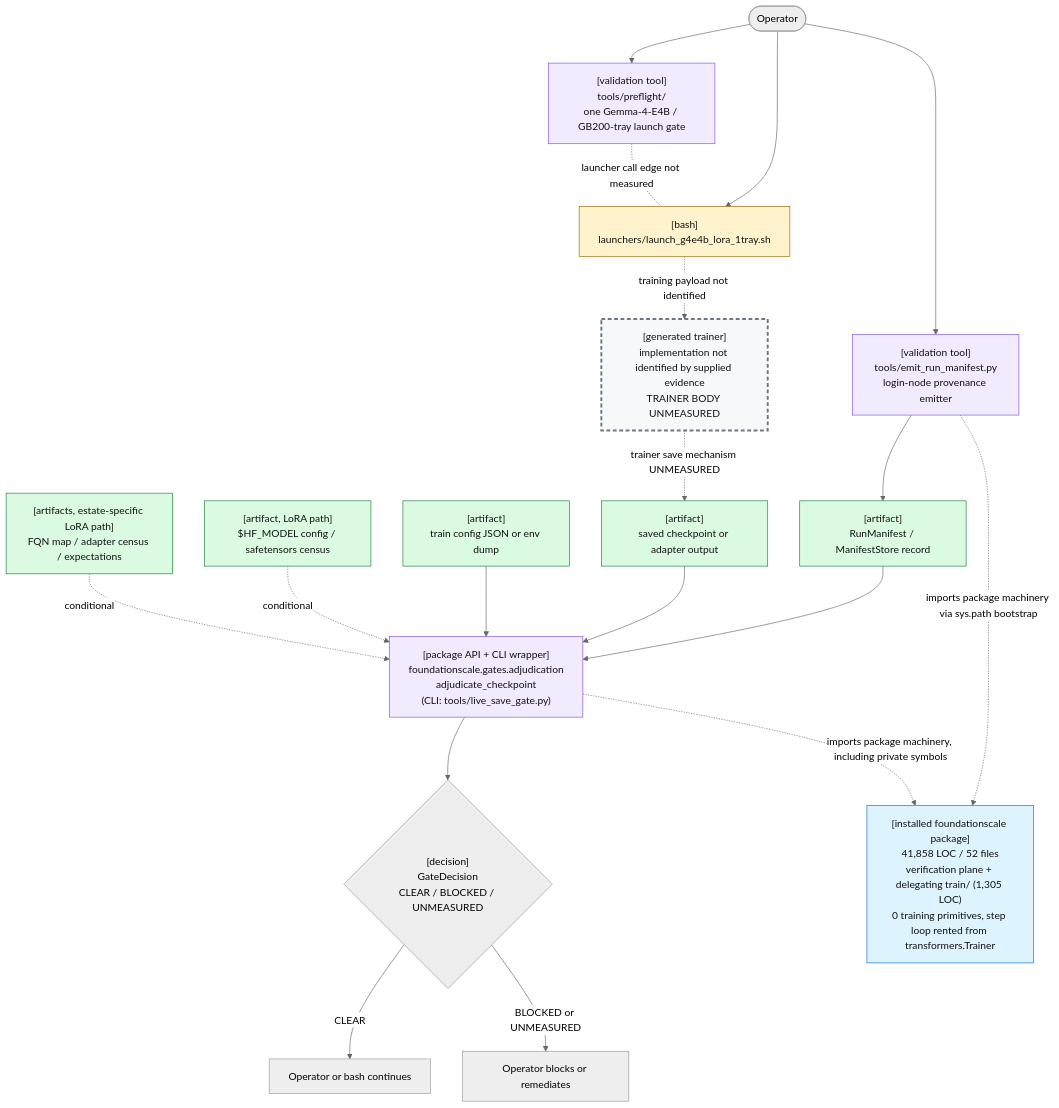
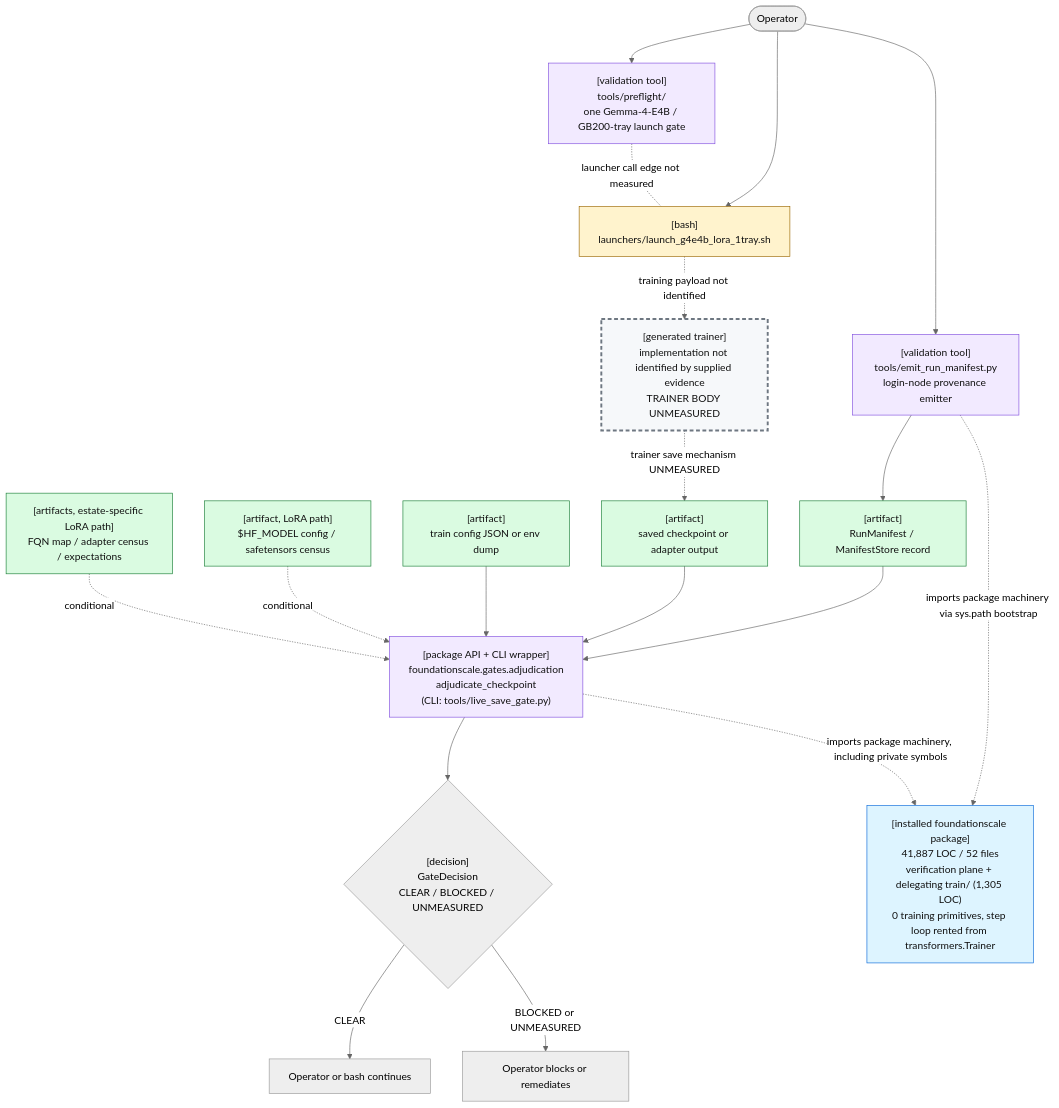
The first of 2 diagrams in docs/review/D2_current_architecture.md (TranNhiem/FoundationScale), drawn with Mermaid (neutral theme) before and after one commit. The commit also changed other lines of this file and 12 other files, not shown here.

````diff
--- a/docs/review/D2_current_architecture.md
+++ b/docs/review/D2_current_architecture.md
@@ -25,59 +25,59 @@
 ```mermaid
 flowchart TB
   O(["Operator"])
 
   PF["[validation tool]<br/>tools/preflight/<br/>one Gemma-4-E4B / GB200-tray launch gate"]
   L["[bash]<br/>launchers/launch_g4e4b_lora_1tray.sh"]
 
   E["[validation tool]<br/>tools/emit_run_manifest.py<br/>login-node provenance emitter"]
   M["[artifact]<br/>RunManifest / ManifestStore record"]
 
   T["[generated trainer]<br/>implementation not identified by supplied evidence<br/>TRAINER BODY UNMEASURED"]
   C["[artifact]<br/>saved checkpoint or adapter output"]
 
   G["[package API + CLI wrapper]<br/>foundationscale.gates.adjudication<br/>adjudicate_checkpoint<br/>(CLI: tools/live_save_gate.py)"]
   CFG["[artifact]<br/>train config JSON or env dump"]
   BASE["[artifact, LoRA path]<br/>$HF_MODEL config / safetensors census"]
   CEN["[artifacts, estate-specific LoRA path]<br/>FQN map / adapter census / expectations"]
 
   D{"[decision]<br/>GateDecision<br/>CLEAR / BLOCKED / UNMEASURED"}
   OK["Operator or bash continues"]
   NO["Operator blocks or remediates"]
 
-  PKG["[installed foundationscale package]<br/>41,858 LOC / 52 files<br/>verification plane + delegating train/ (1,305 LOC)<br/>0 training primitives, step loop rented from transformers.Trainer"]
+  PKG["[installed foundationscale package]<br/>41,887 LOC / 52 files<br/>verification plane + delegating train/ (1,305 LOC)<br/>0 training primitives, step loop rented from transformers.Trainer"]
 
   O --> PF
   O --> L
   PF -. "launcher call edge not measured" .- L
 
   O --> E
   E --> M
 
   L -. "training payload not identified" .-> T
   T -. "trainer save mechanism UNMEASURED" .-> C
 
   M --> G
   C --> G
   CFG --> G
   BASE -. "conditional" .-> G
   CEN -. "conditional" .-> G
 
   E -. "imports package machinery via sys.path bootstrap" .-> PKG
   G -. "imports package machinery, including private symbols" .-> PKG
 
   G --> D
   D -->|"CLEAR"| OK
   D -->|"BLOCKED or UNMEASURED"| NO
 
   classDef bash fill:#fff3cd,stroke:#9a6700,color:#111;
   classDef tool fill:#f2eaff,stroke:#8250df,color:#111;
   classDef artifact fill:#dafbe1,stroke:#1a7f37,color:#111;
   classDef gap fill:#f6f8fa,stroke:#6e7781,stroke-width:3px,stroke-dasharray: 6 4,color:#111;
   classDef pkg fill:#ddf4ff,stroke:#0969da,color:#111;
 
   class L bash;
   class PF,E,G tool;
   class M,C,CFG,BASE,CEN artifact;
   class T gap;
   class PKG pkg;
 ```
````
